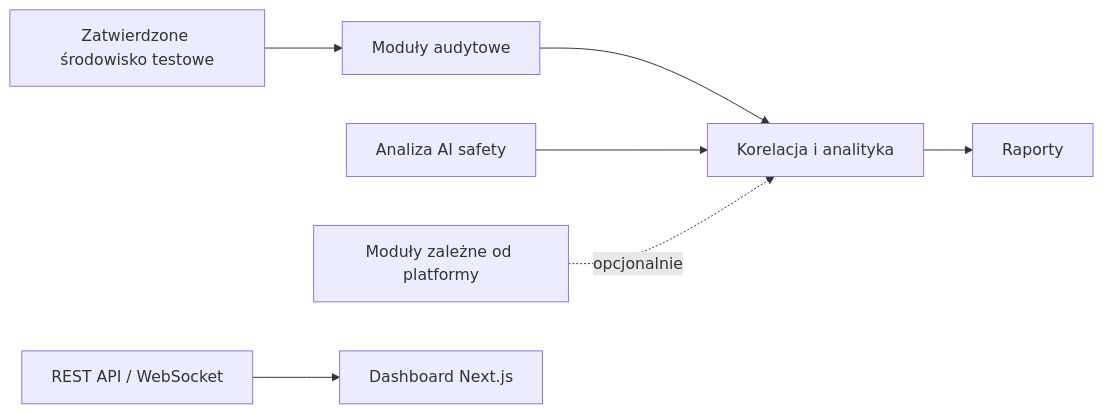
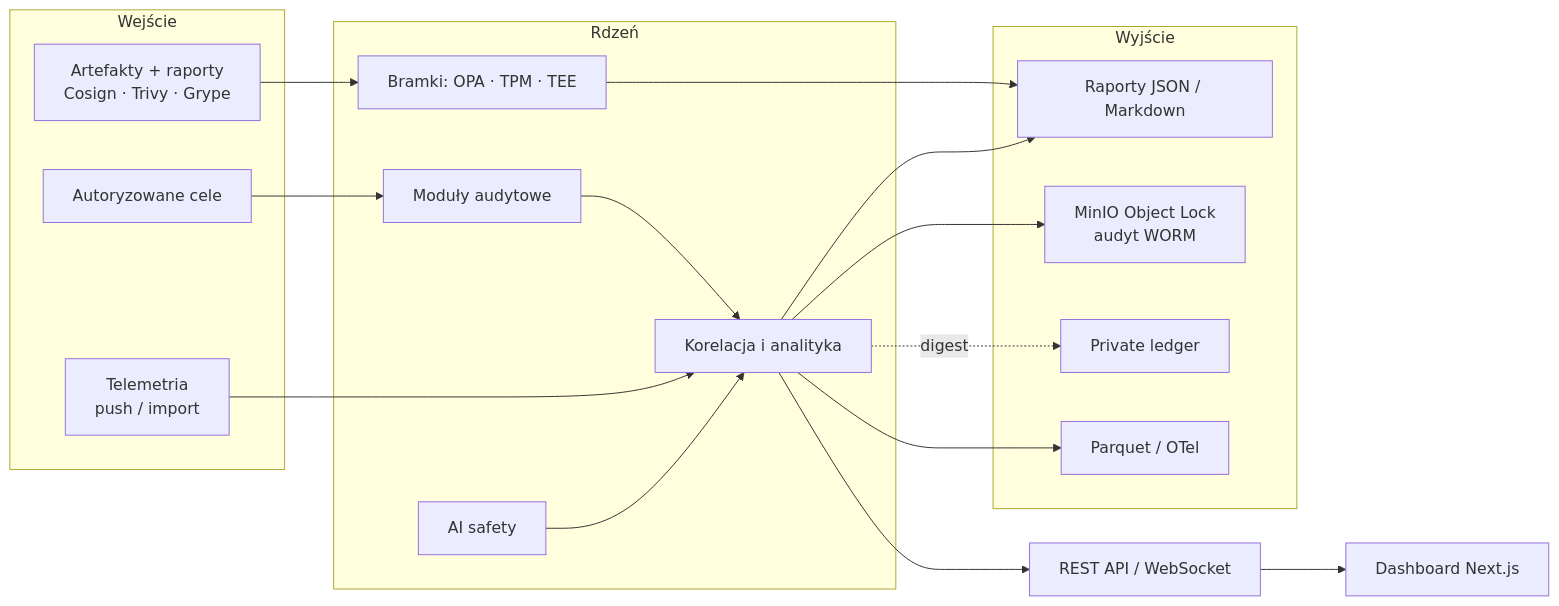
Before and after one commit to KarolMrozinski/sanctum-suite: the diagram in README.md, drawn with Mermaid. The commit also changed other lines of this file, not shown here.

Commit message:
docs(readme): modernize layout, badges and architecture diagram

````diff
--- a/README.md
+++ b/README.md
@@ -159,9 +179,31 @@
 ```mermaid
 flowchart LR
-    T["Zatwierdzone środowisko testowe"] --> A["Moduły audytowe"]
-    A --> C["Korelacja i analityka"]
-    AI["Analiza AI safety"] --> C
-    C --> R["Raporty"]
-    P["Moduły zależne od platformy"] -. opcjonalnie .-> C
+    subgraph IN["Wejście"]
+        T["Autoryzowane cele"]
+        TEL["Telemetria<br/>push / import"]
+        ART["Artefakty + raporty<br/>Cosign · Trivy · Grype"]
+    end
+    subgraph CORE["Rdzeń"]
+        A["Moduły audytowe"]
+        C["Korelacja i analityka"]
+        AI["AI safety"]
+        G["Bramki: OPA · TPM · TEE"]
+    end
+    subgraph OUT["Wyjście"]
+        R["Raporty JSON / Markdown"]
+        W["MinIO Object Lock<br/>audyt WORM"]
+        L["Private ledger"]
+        PQ["Parquet / OTel"]
+    end
+    T --> A --> C
+    TEL --> C
+    AI --> C
+    ART --> G
+    G --> R
+    C --> R
+    C --> W
+    C -. digest .-> L
+    C --> PQ
     API["REST API / WebSocket"] --> D["Dashboard Next.js"]
+    C --> API
 ```
````
